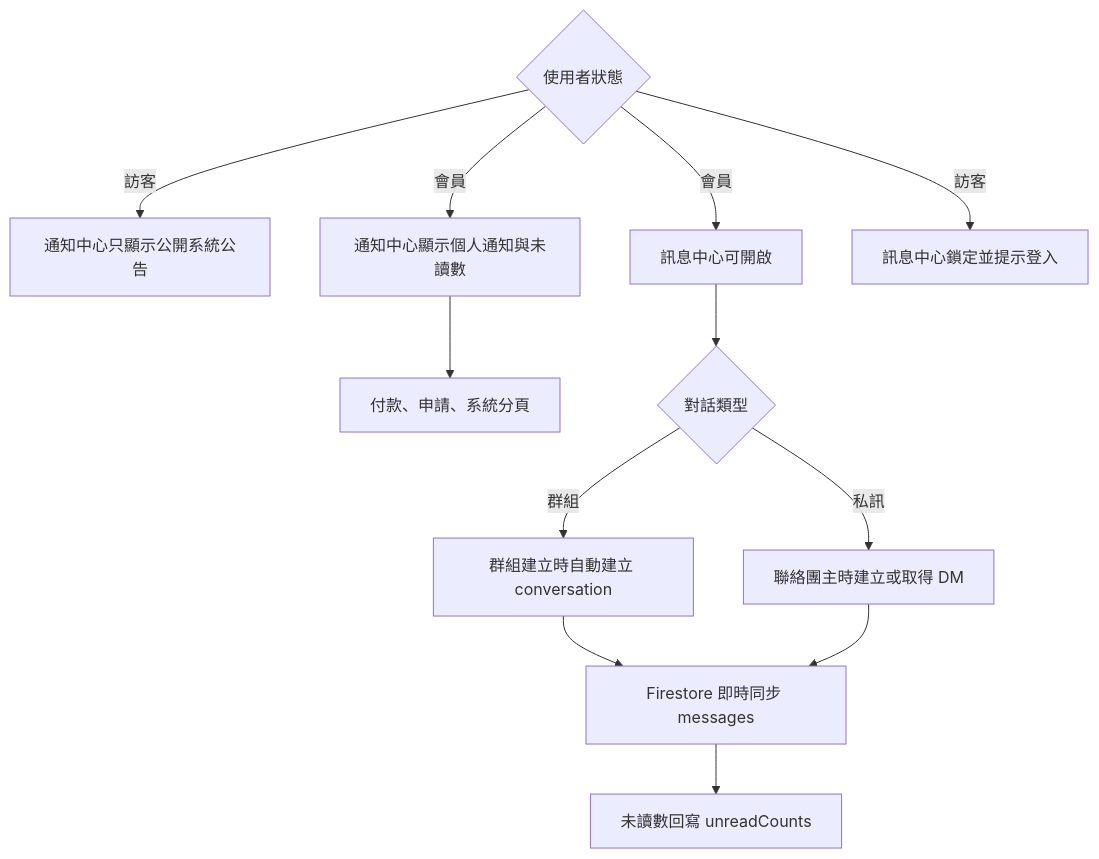
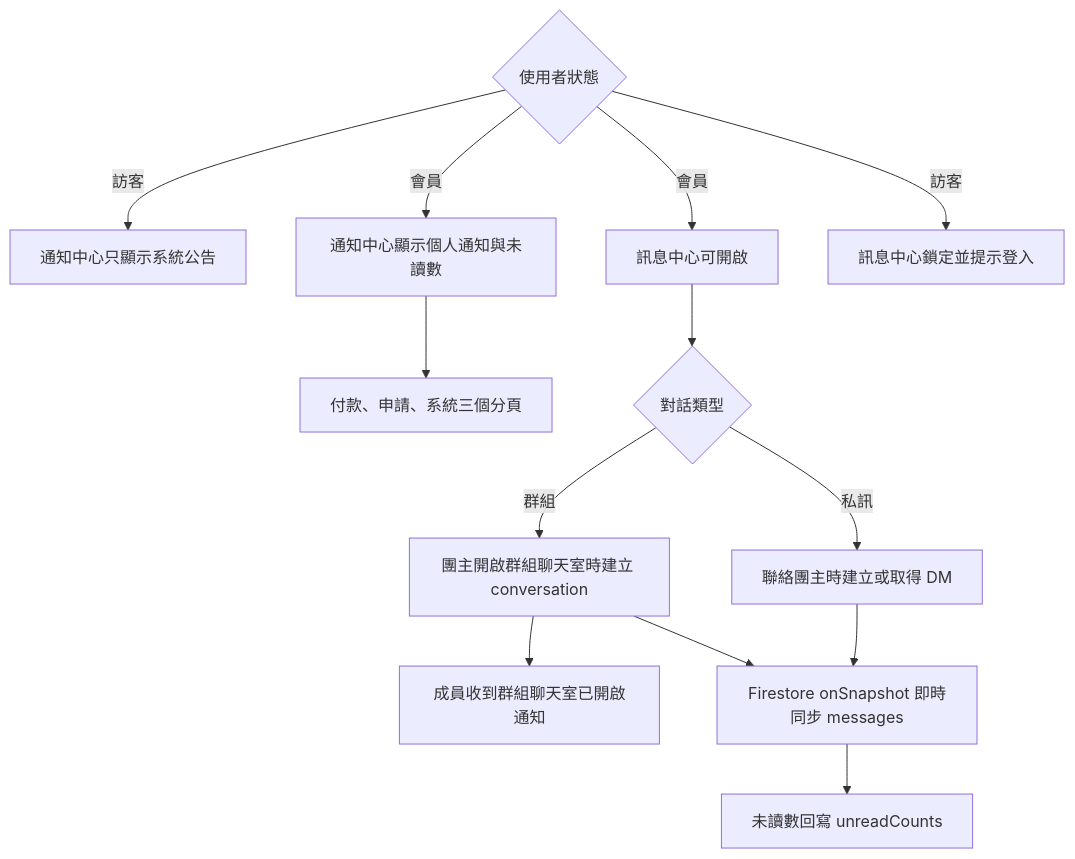
The sixth of 6 diagrams in README.md (s1092055/PartyMatch), drawn with Mermaid before and after one commit. The commit also changed other lines of this file and 11 other files, not shown here.

````diff
--- a/README.md
+++ b/README.md
@@ -247,14 +285,15 @@
 ```mermaid
 flowchart TD
-  A{使用者狀態} -->|訪客| B[通知中心只顯示公開系統公告]
+  A{使用者狀態} -->|訪客| B[通知中心只顯示系統公告]
   A -->|會員| C[通知中心顯示個人通知與未讀數]
-  C --> D[付款、申請、系統分頁]
+  C --> D[付款、申請、系統三個分頁]
   A -->|會員| E[訊息中心可開啟]
   A -->|訪客| F[訊息中心鎖定並提示登入]
   E --> G{對話類型}
-  G -->|群組| H[群組建立時自動建立 conversation]
+  G -->|群組| H[團主開啟群組聊天室時建立 conversation]
   G -->|私訊| I[聯絡團主時建立或取得 DM]
-  H --> J[Firestore 即時同步 messages]
-  I --> J
-  J --> K[未讀數回寫 unreadCounts]
+  H --> J[成員收到群組聊天室已開啟通知]
+  I --> K[Firestore onSnapshot 即時同步 messages]
+  H --> K
+  K --> L[未讀數回寫 unreadCounts]
 ```
````
